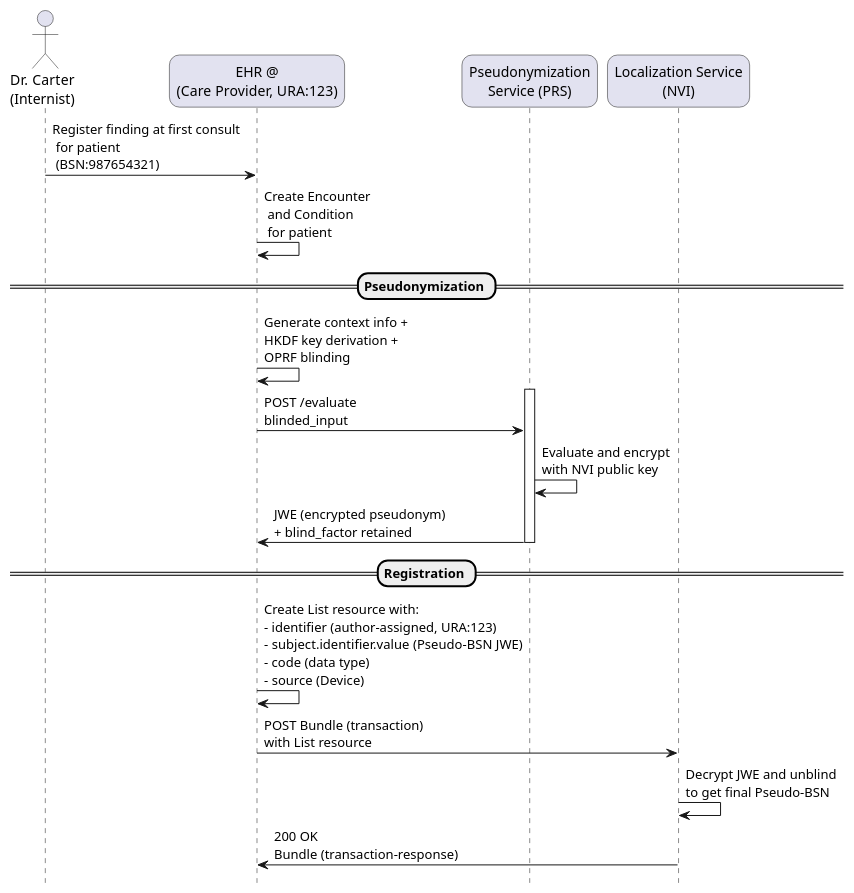
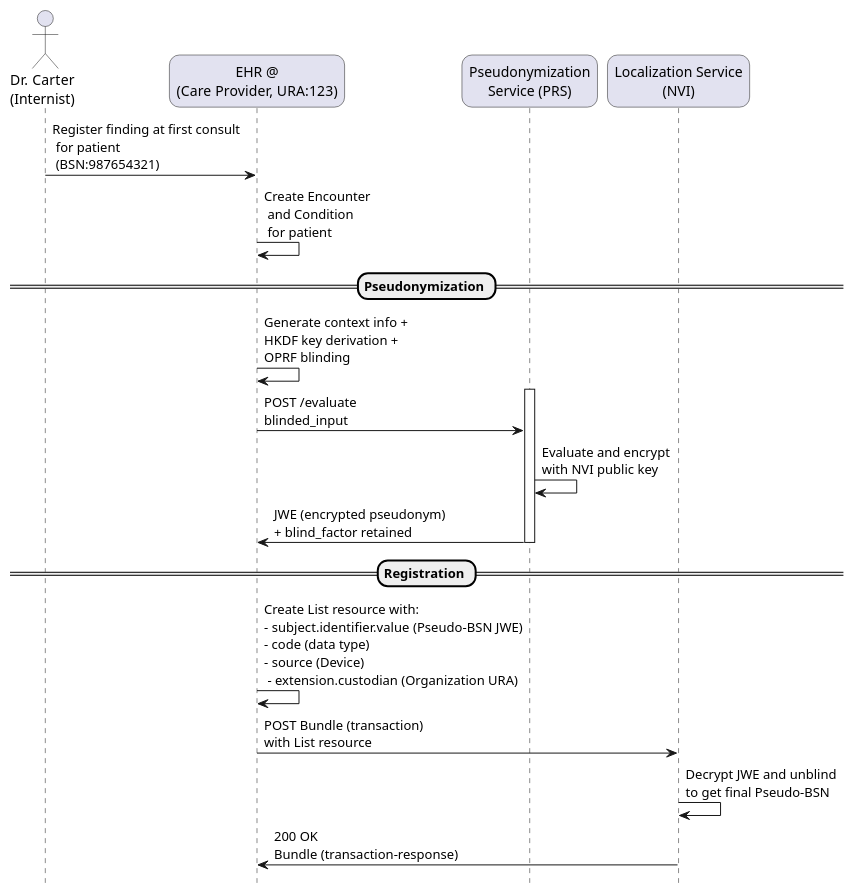
The diagram in input/images-source/localization-internist-registration.plantuml (minvws/generiekefuncties-docs), drawn with PlantUML before and after one commit. The commit also changed 5 other files, not shown here.

Commit message:
add custodian extension, remove author-assigend-identifier

```diff
--- a/input/images-source/localization-internist-registration.plantuml
+++ b/input/images-source/localization-internist-registration.plantuml
@@ -1,39 +1,39 @@
 @startuml localization-internist-registration
 
 skinparam roundcorner 20
 skinparam defaultFontName Arial 
 hide footbox
 
 !pragma teoz true
 
 actor "Dr. Carter\n(Internist)" as doctor
 participant "EHR @\n(Care Provider, URA:123)" as ehr
 participant "Pseudonymization\nService (PRS)" as prs
 participant "Localization Service\n(NVI)" as nvi
 
 doctor -> ehr: Register finding at first consult\n for patient\n (BSN:987654321)
 ehr -> ehr: Create Encounter\n and Condition\n for patient
 
 == Pseudonymization ==
 
 ehr -> ehr: Generate context info +\nHKDF key derivation +\nOPRF blinding
 
 activate prs
 ehr -> prs: POST /evaluate\nblinded_input
 
 prs -> prs: Evaluate and encrypt\nwith NVI public key
 
 prs -> ehr: JWE (encrypted pseudonym)\n+ blind_factor retained
 deactivate prs
 
 == Registration ==
 
-ehr -> ehr: Create List resource with:\n- identifier (author-assigned, URA:123)\n- subject.identifier.value (Pseudo-BSN JWE)\n- code (data type)\n- source (Device)
+ehr -> ehr: Create List resource with:\n- subject.identifier.value (Pseudo-BSN JWE)\n- code (data type)\n- source (Device)\n - extension.custodian (Organization URA)
 
 ehr -> nvi: POST Bundle (transaction)\nwith List resource
 
 nvi -> nvi: Decrypt JWE and unblind\nto get final Pseudo-BSN
 
 nvi -> ehr: 200 OK\nBundle (transaction-response)
 
 @enduml
```
